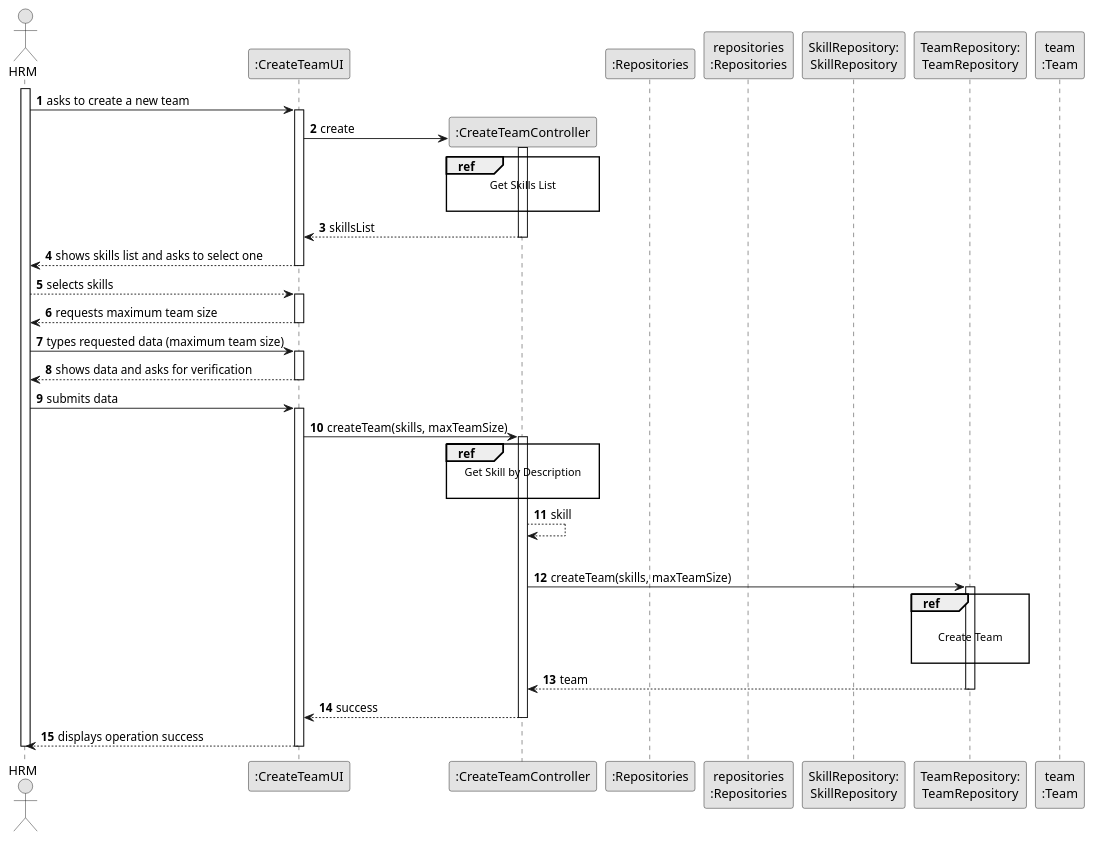
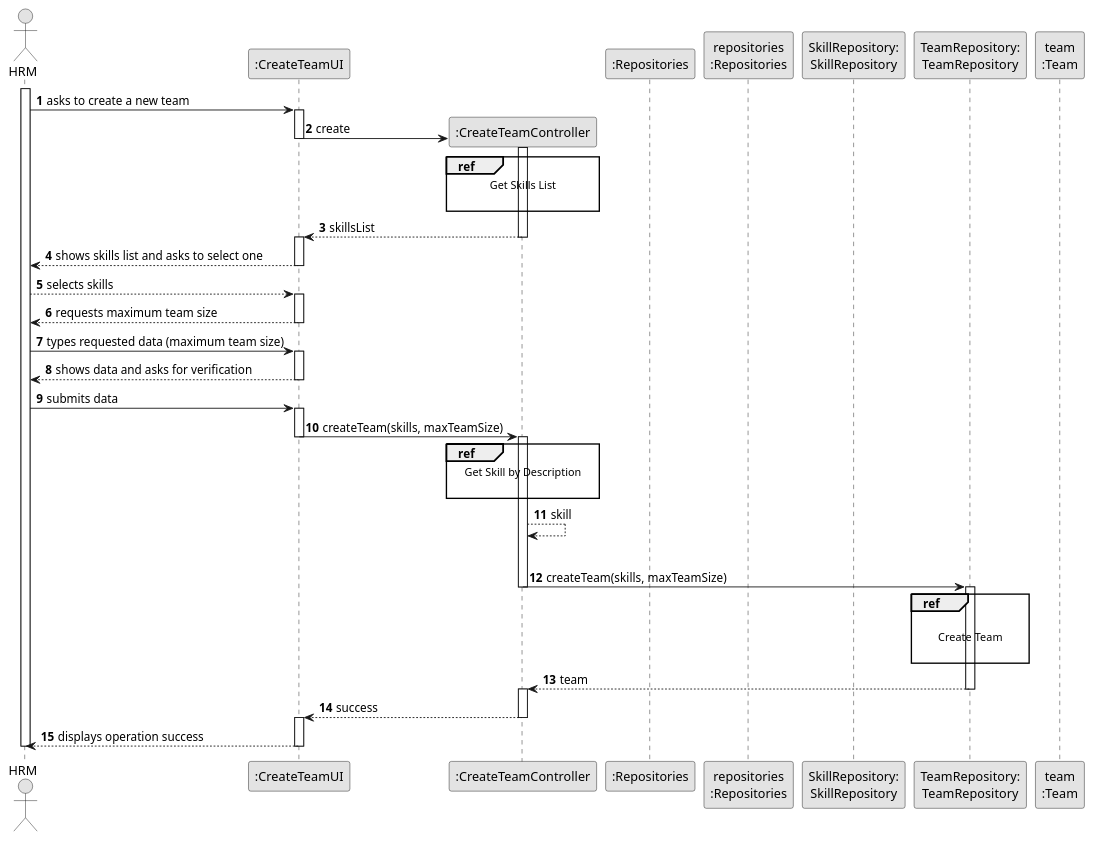
The diagram in docs/sprintB/us005/03.design/puml/us005-sequence-diagram-split.puml (ricardomm7/leaflink), drawn with PlantUML before and after one commit. The commit also changed 12 other files, not shown here.

```diff
--- a/docs/sprintB/us005/03.design/puml/us005-sequence-diagram-split.puml
+++ b/docs/sprintB/us005/03.design/puml/us005-sequence-diagram-split.puml
@@ -1,83 +1,88 @@
 @startuml
 skinparam monochrome true
 skinparam packageStyle rectangle
 skinparam shadowing false
 
 autonumber
 
 'hide footbox
 actor "HRM" as ADM
 participant ":CreateTeamUI" as UI
 participant ":CreateTeamController" as CTRL
 participant ":Repositories" as RepositorySingleton
 participant "repositories\n:Repositories" as PLAT
 participant "SkillRepository:\nSkillRepository" as SkillRepository
 participant "TeamRepository:\nTeamRepository" as TeamRepository
 participant "team\n:Team" as Team
 
 activate ADM
 
     ADM -> UI : asks to create a new team
     activate UI
 
                 UI -> CTRL** : create
-
+                deactivate UI
                 activate CTRL
 
                     ref over CTRL
                                 Get Skills List
 
                             end ref
 
                     CTRL --> UI : skillsList
                 deactivate CTRL
+                activate UI
 
                 UI --> ADM : shows skills list and asks to select one
             deactivate UI
 
         ADM --> UI : selects skills
         activate UI
 
         UI --> ADM : requests maximum team size
     deactivate UI
 
     ADM -> UI : types requested data (maximum team size)
     activate UI
 
         UI --> ADM : shows data and asks for verification
     deactivate UI
 
     ADM -> UI : submits data
     activate UI
 
         UI -> CTRL : createTeam(skills, maxTeamSize)
+        deactivate UI
         activate CTRL
 
             ref over CTRL
                         Get Skill by Description
 
                     end ref
                     CTRL --> CTRL : skill
 
 
             |||
                 CTRL -> TeamRepository: createTeam(skills, maxTeamSize)
+                deactivate CTRL
                 activate TeamRepository
 
                 ref over TeamRepository
 
                             Create Team
 
                         end ref
 
             TeamRepository --> CTRL: team
             deactivate TeamRepository
+            activate CTRL
 
             CTRL --> UI : success
             deactivate CTRL
+            activate UI
             UI --> ADM: displays operation success
     deactivate UI
 
 deactivate ADM
 
 @enduml
```
